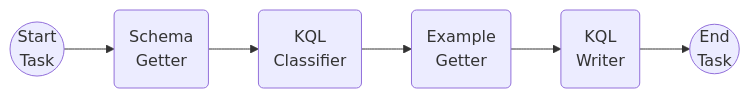
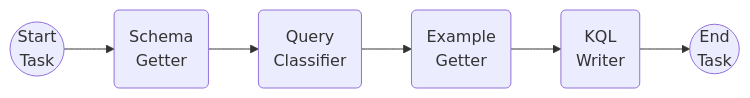
The diagram in README.md (msalemor/agentic-intro-autogen), drawn with Mermaid before and after one commit.

Commit message:
Update KQL Classifier label in diagram for improved clarity

````diff
--- a/README.md
+++ b/README.md
@@ -81,4 +81,4 @@
 ```mermaid
 graph LR
-  S((Start<br>Task))-->A(Schema<br>Getter)-->B(KQL<br>Classifier)-->C(Example<br>Getter)-->D(KQL<br>Writer)-->E((End<br>Task))
+  S((Start<br>Task))-->A(Schema<br>Getter)-->B(Query<br>Classifier)-->C(Example<br>Getter)-->D(KQL<br>Writer)-->E((End<br>Task))
 ```
````
